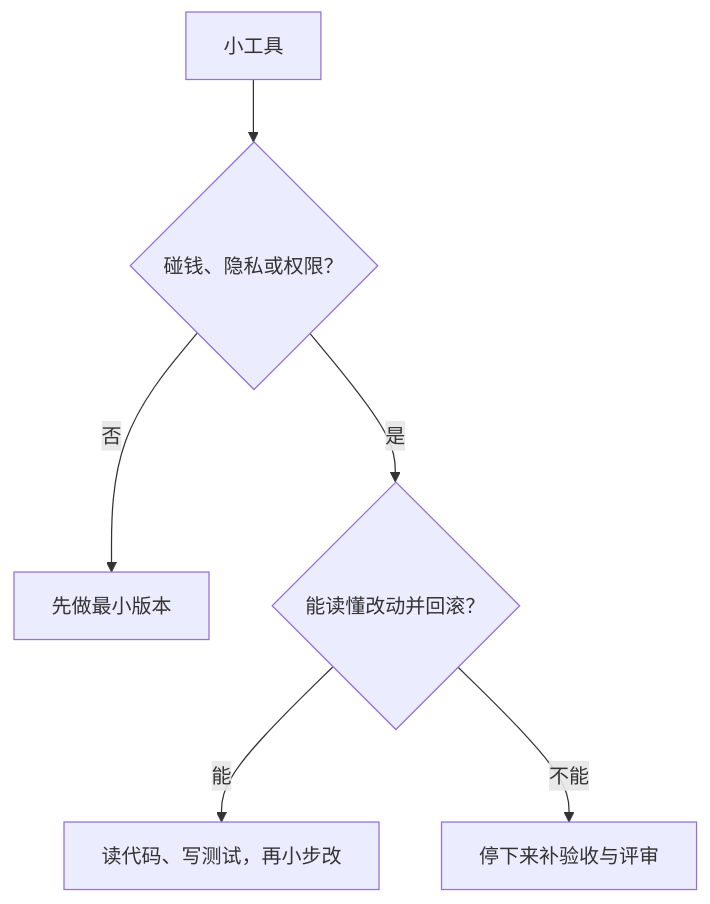
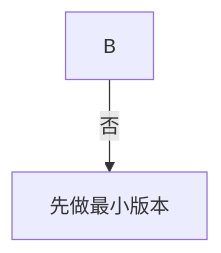
Before and after one commit to zhuguang-ZFG/claude-code-book: the diagram in vibe/ch01.md, drawn with Mermaid. The commit also changed other lines of this file and 2 other files, not shown here.

Commit message:
fix(vibe): make the risk diagram legible on a phone
- Narrowed the flowchart from 541 to 366 user units with wrapped labels; the old frame scaled 15 px text to 8.10 px.
- Measured the effective size as computed font-size × SVG CTM: 11.97 px, all labels present and unclipped.
- Rebuilt PDF/EPUB and the ten-volume collection; corrected the verification notes.

````diff
--- a/vibe/ch01.md
+++ b/vibe/ch01.md
@@ -54,8 +55,4 @@
 ```mermaid
 flowchart TD
-    A["小工具"] --> B{"碰钱、隐私或权限？"}
     B -->|"否"| C["先做最小版本"]
-    B -->|"是"| D{"能读懂改动并回滚？"}
-    D -->|"能"| E["读代码、写测试，再小步改"]
-    D -->|"不能"| F["停下来补验收与评审"]
 ```
````
